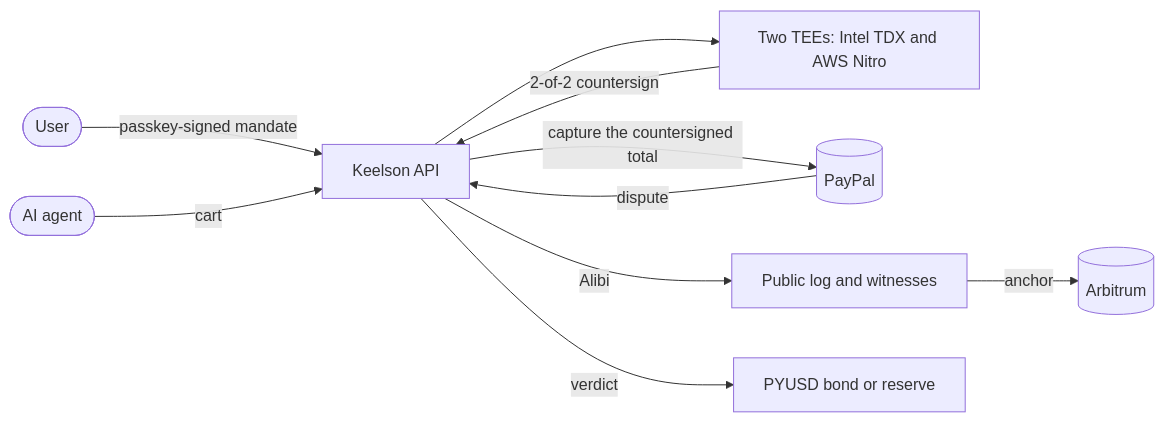
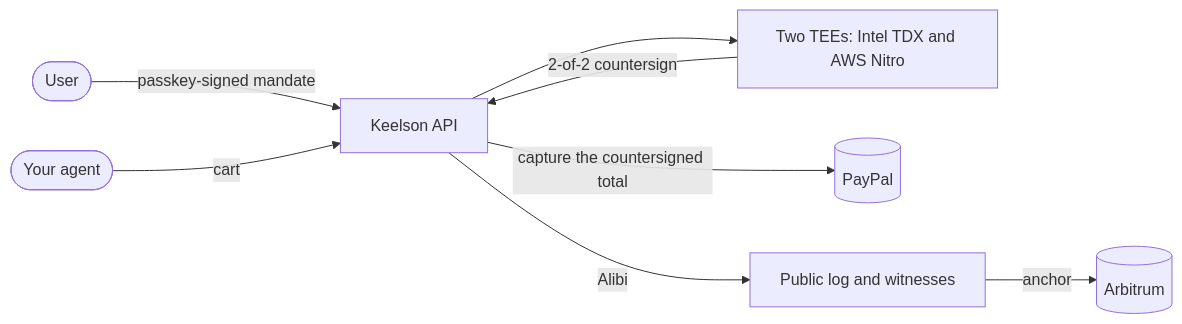
Before and after one commit to DavidZapataOh/keelson-paypal: the diagram in README.md, drawn with Mermaid. The commit also changed other lines of this file, not shown here.

Commit message:
docs: write the README for developers: install, quickstart, MCP and verifying an Alibi

````diff
--- a/README.md
+++ b/README.md
@@ -39,14 +115,10 @@
 ```mermaid
 flowchart LR
-  accTitle: How a purchase flows through Keelson
-  accDescr: The user signs a mandate, the agent sends a cart, both TEEs countersign, PayPal captures, the Alibi goes to the public log and its anchor on chain, and a dispute ends in a signed verdict that slashes a bond or pays from the reserve.
   U([User]) -- passkey-signed mandate --> K[Keelson API]
-  G([AI agent]) -- cart --> K
+  G([Your agent]) -- cart --> K
   K --> T[Two TEEs: Intel TDX and AWS Nitro]
   T -- 2-of-2 countersign --> K
   K -- capture the countersigned total --> P[(PayPal)]
   K -- Alibi --> L[Public log and witnesses]
   L -- anchor --> C[(Arbitrum)]
-  P -- dispute --> K
-  K -- verdict --> B[PYUSD bond or reserve]
 ```
````
